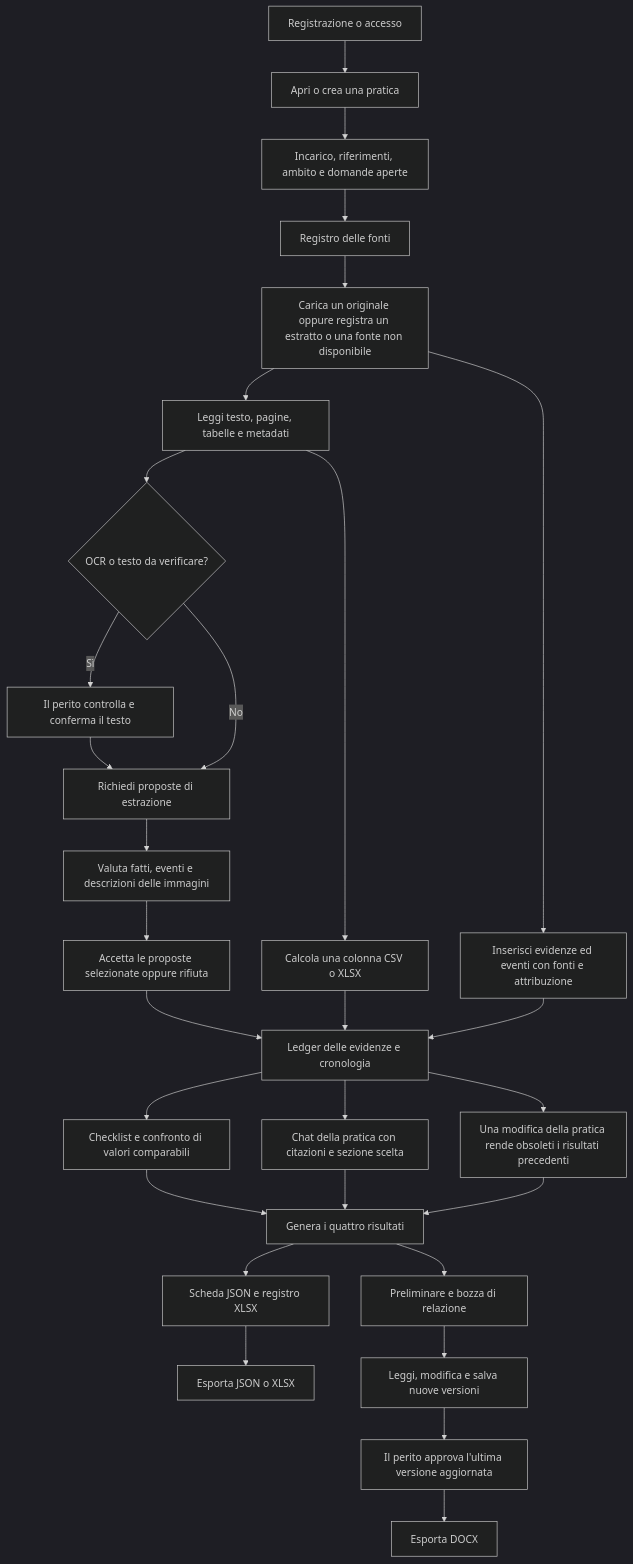
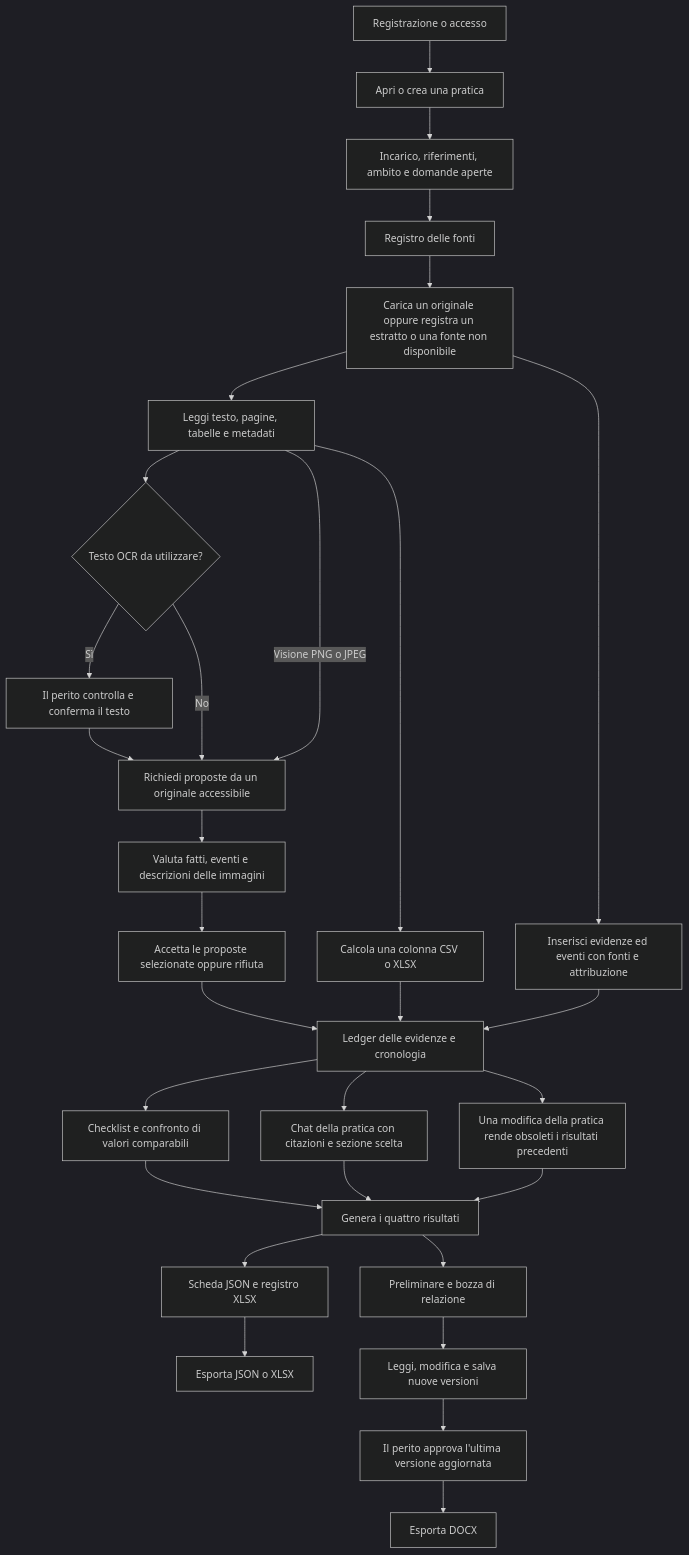
One commit to petrucciii/expertise-automation changed the diagram in docs/app-flow.md. Above: the diagram before and after it, drawn with Mermaid (dark theme). The commit also changed other lines of this file and 11 other files, not shown here.

````diff
--- a/docs/app-flow.md
+++ b/docs/app-flow.md
@@ -7,31 +7,32 @@
 ```mermaid
 flowchart TD
     A[Registrazione o accesso] --> B[Apri o crea una pratica]
     B --> C[Incarico, riferimenti, ambito e domande aperte]
     C --> D[Registro delle fonti]
     D --> E[Carica un originale oppure registra un estratto o una fonte non disponibile]
     E --> F[Leggi testo, pagine, tabelle e metadati]
-    F --> G{OCR o testo da verificare?}
+    F --> G{Testo OCR da utilizzare?}
     G -->|Sì| H[Il perito controlla e conferma il testo]
-    G -->|No| I[Richiedi proposte di estrazione]
+    G -->|No| I[Richiedi proposte da un originale accessibile]
     H --> I
+    F -->|Visione PNG o JPEG| I
     I --> J[Valuta fatti, eventi e descrizioni delle immagini]
     J --> K[Accetta le proposte selezionate oppure rifiuta]
     E --> L[Inserisci evidenze ed eventi con fonti e attribuzione]
     F --> M[Calcola una colonna CSV o XLSX]
     K --> N[Ledger delle evidenze e cronologia]
     L --> N
     M --> N
     N --> O[Checklist e confronto di valori comparabili]
     N --> P[Chat della pratica con citazioni e sezione scelta]
     O --> Q[Genera i quattro risultati]
     P --> Q
     Q --> R[Scheda JSON e registro XLSX]
     Q --> S[Preliminare e bozza di relazione]
     S --> T[Leggi, modifica e salva nuove versioni]
     T --> U[Il perito approva l'ultima versione aggiornata]
     U --> V[Esporta DOCX]
     R --> W[Esporta JSON o XLSX]
     N --> X[Una modifica della pratica rende obsoleti i risultati precedenti]
     X --> Q
 ```
````
